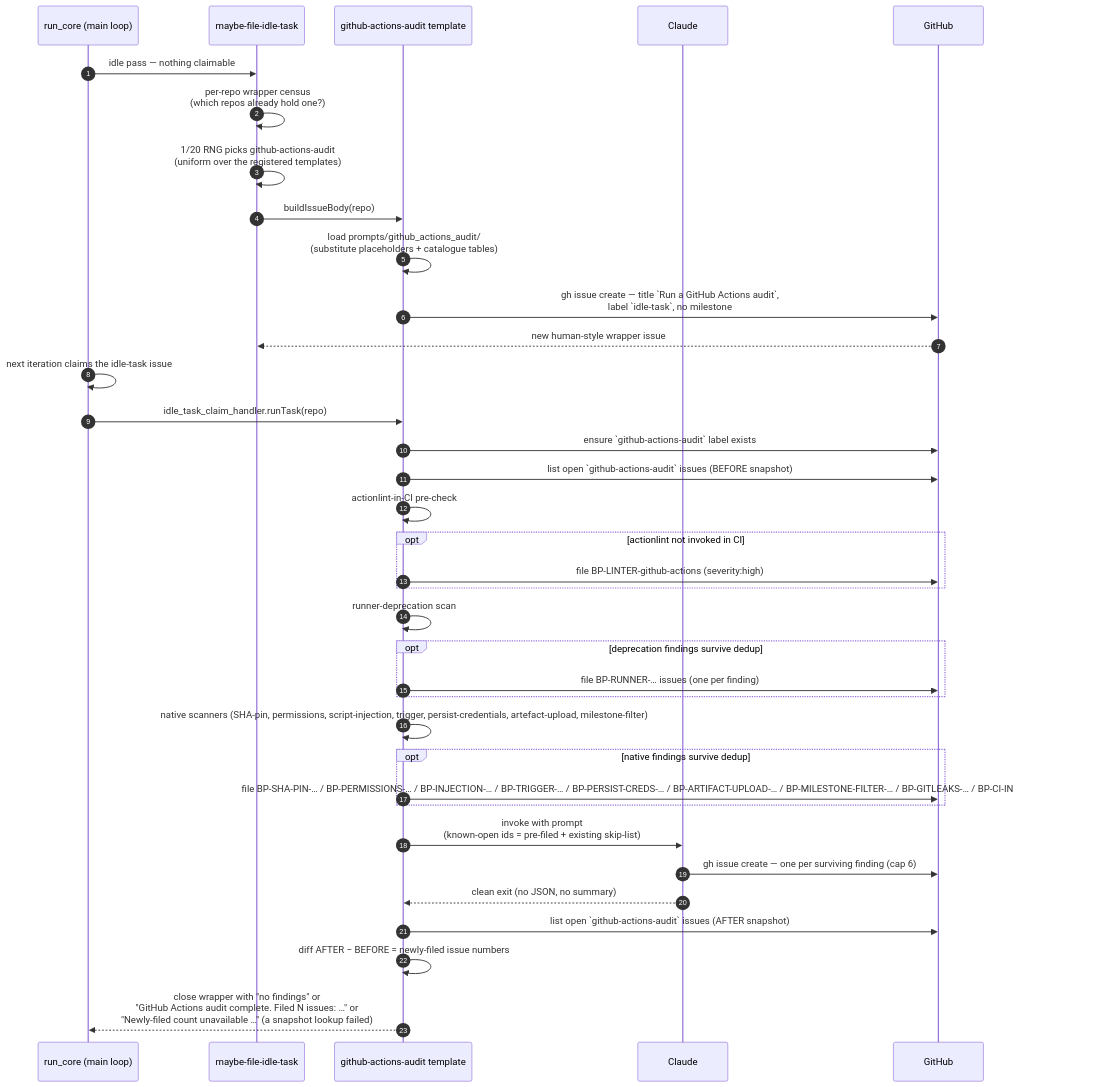
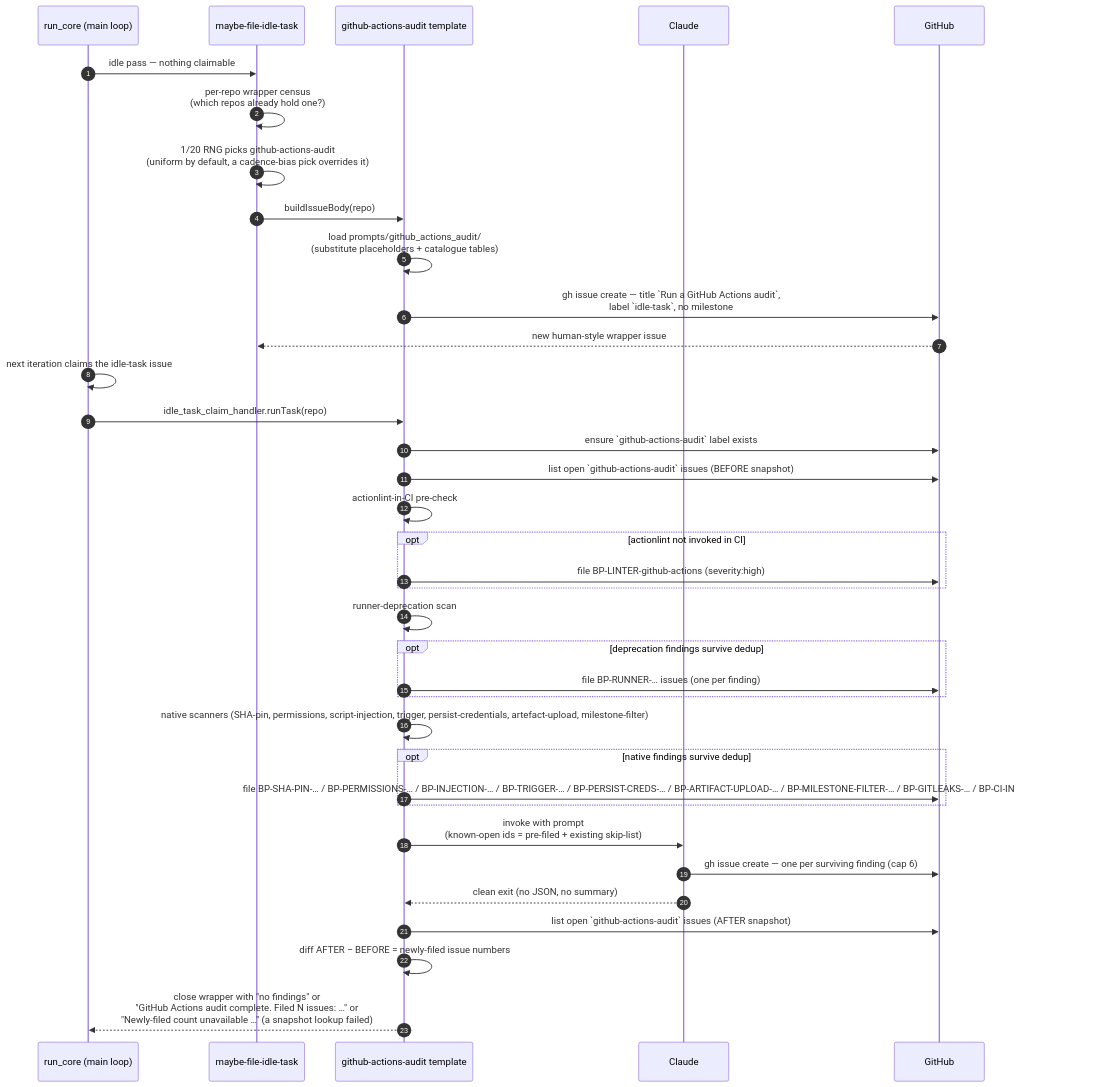
One commit to stSoftwareAU/VibeCoder changed the first of 3 diagrams in docs/GITHUB-ACTIONS-AUDIT-SCAN.md. Above: the diagram before and after it, drawn with Mermaid. The commit also changed other lines of this file and 13 other files, not shown here.

````diff
--- a/docs/GITHUB-ACTIONS-AUDIT-SCAN.md
+++ b/docs/GITHUB-ACTIONS-AUDIT-SCAN.md
@@ -240,39 +240,39 @@
 ```mermaid
 sequenceDiagram
     autonumber
     participant Main as run_core (main loop)
     participant Filer as maybe-file-idle-task
     participant Template as github-actions-audit template
     participant Claude
     participant GH as GitHub
 
     Main->>Filer: idle pass — nothing claimable
     Filer->>Filer: per-repo wrapper census<br/>(which repos already hold one?)
-    Filer->>Filer: 1/20 RNG picks github-actions-audit<br/>(uniform over the registered templates)
+    Filer->>Filer: 1/20 RNG picks github-actions-audit<br/>(uniform by default, a cadence-bias pick overrides it)
     Filer->>Template: buildIssueBody(repo)
     Template->>Template: load prompts/github_actions_audit/<br/>(substitute placeholders + catalogue tables)
     Template->>GH: gh issue create — title `Run a GitHub Actions audit`,<br/>label `idle-task`, no milestone
     GH-->>Filer: new human-style wrapper issue
     Main->>Main: next iteration claims the idle-task issue
     Main->>Template: idle_task_claim_handler.runTask(repo)
     Template->>GH: ensure `github-actions-audit` label exists
     Template->>GH: list open `github-actions-audit` issues (BEFORE snapshot)
     Template->>Template: actionlint-in-CI pre-check
     opt actionlint not invoked in CI
         Template->>GH: file BP-LINTER-github-actions (severity:high)
     end
     Template->>Template: runner-deprecation scan
     opt deprecation findings survive dedup
         Template->>GH: file BP-RUNNER-… issues (one per finding)
     end
     Template->>Template: native scanners (SHA-pin, permissions, script-injection, trigger, persist-credentials, artefact-upload, milestone-filter)
     opt native findings survive dedup
         Template->>GH: file BP-SHA-PIN-… / BP-PERMISSIONS-… / BP-INJECTION-… / BP-TRIGGER-… / BP-PERSIST-CREDS-… / BP-ARTIFACT-UPLOAD-… / BP-MILESTONE-FILTER-… / BP-GITLEAKS-… / BP-CI-INSTALL-PIN-… issues
     end
     Template->>Claude: invoke with prompt<br/>(known-open ids = pre-filed + existing skip-list)
     Claude->>GH: gh issue create — one per surviving finding (cap 6)
     Claude-->>Template: clean exit (no JSON, no summary)
     Template->>GH: list open `github-actions-audit` issues (AFTER snapshot)
     Template->>Template: diff AFTER − BEFORE = newly-filed issue numbers
     Template-->>Main: close wrapper with "no findings" or<br/>"GitHub Actions audit complete. Filed N issues: …" or<br/>"Newly-filed count unavailable …" (a snapshot lookup failed)
 ```
````
